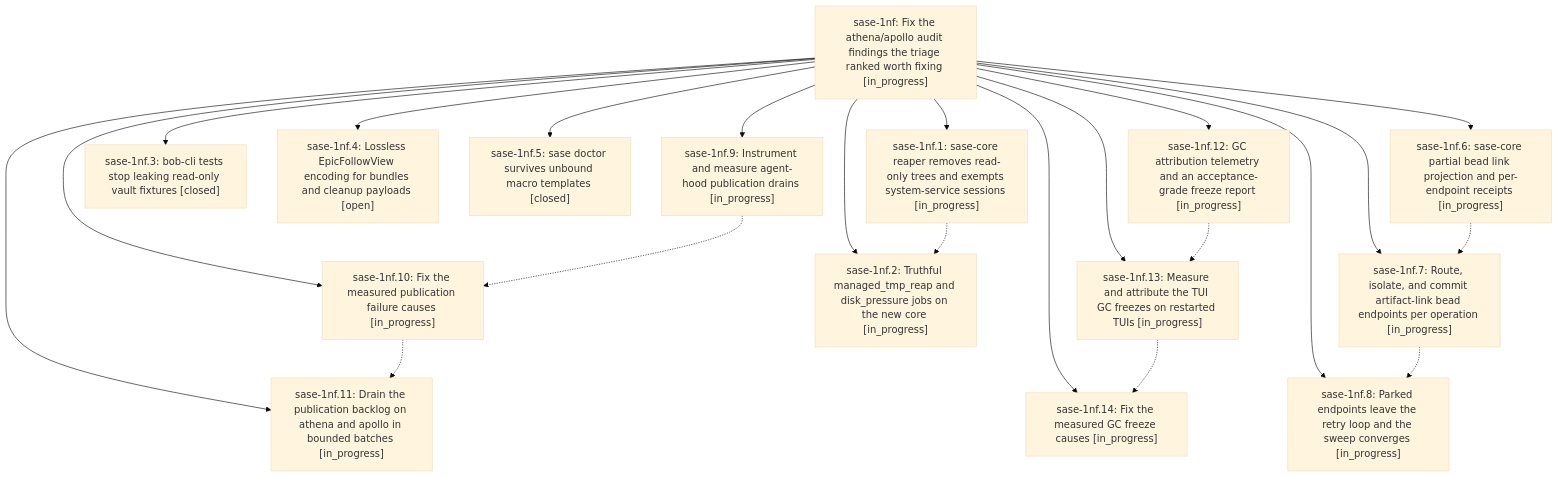
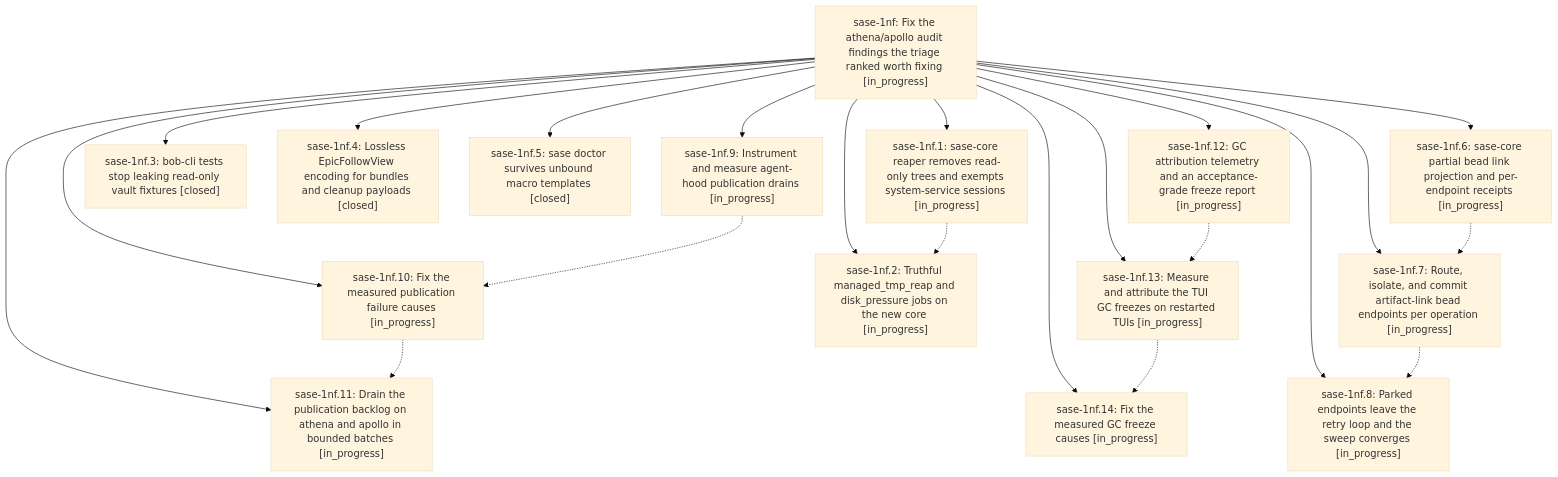
One commit to sase-org/sase--beads changed the diagram in pages/sase-1nf/README.md. Above: the diagram before and after it, drawn with Mermaid (base theme). The commit also changed other lines of this file and 4 other files, not shown here.

````diff
--- a/pages/sase-1nf/README.md
+++ b/pages/sase-1nf/README.md
@@ -47,39 +49,39 @@
 ```mermaid
 flowchart TD
     n0["sase-1nf: Fix the athena/apollo audit findings the triage ranked worth fixing [in_progress]"]
     n1["sase-1nf.1: sase-core reaper removes read-only trees and exempts system-service sessions [in_progress]"]
     n2["sase-1nf.10: Fix the measured publication failure causes [in_progress]"]
     n3["sase-1nf.11: Drain the publication backlog on athena and apollo in bounded batches [in_progress]"]
     n4["sase-1nf.12: GC attribution telemetry and an acceptance-grade freeze report [in_progress]"]
     n5["sase-1nf.13: Measure and attribute the TUI GC freezes on restarted TUIs [in_progress]"]
     n6["sase-1nf.14: Fix the measured GC freeze causes [in_progress]"]
     n7["sase-1nf.2: Truthful managed_tmp_reap and disk_pressure jobs on the new core [in_progress]"]
     n8["sase-1nf.3: bob-cli tests stop leaking read-only vault fixtures [closed]"]
-    n9["sase-1nf.4: Lossless EpicFollowView encoding for bundles and cleanup payloads [open]"]
+    n9["sase-1nf.4: Lossless EpicFollowView encoding for bundles and cleanup payloads [closed]"]
     n10["sase-1nf.5: sase doctor survives unbound macro templates [closed]"]
     n11["sase-1nf.6: sase-core partial bead link projection and per-endpoint receipts [in_progress]"]
     n12["sase-1nf.7: Route, isolate, and commit artifact-link bead endpoints per operation [in_progress]"]
     n13["sase-1nf.8: Parked endpoints leave the retry loop and the sweep converges [in_progress]"]
     n14["sase-1nf.9: Instrument and measure agent-hood publication drains [in_progress]"]
     n0 --> n1
     n0 --> n2
     n0 --> n3
     n0 --> n4
     n0 --> n5
     n0 --> n6
     n0 --> n7
     n0 --> n8
     n0 --> n9
     n0 --> n10
     n0 --> n11
     n0 --> n12
     n0 --> n13
     n0 --> n14
     n1 -.-> n7
     n2 -.-> n3
     n4 -.-> n5
     n5 -.-> n6
     n11 -.-> n12
     n12 -.-> n13
     n14 -.-> n2
 ```
````
